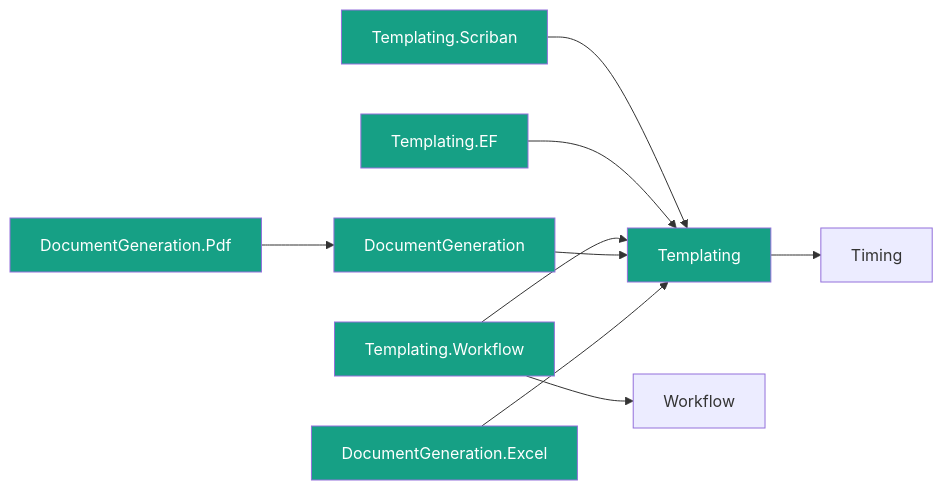
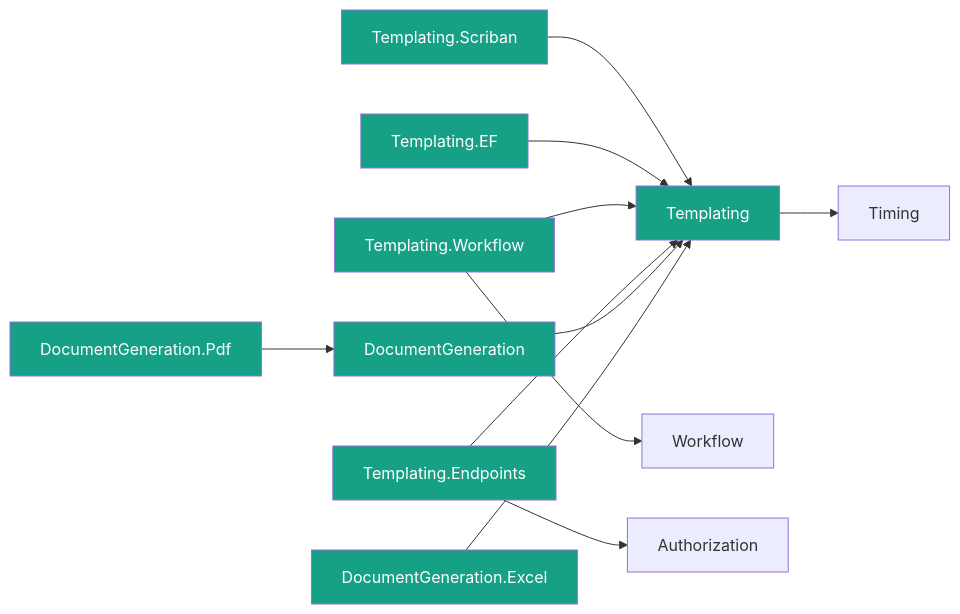
One commit to enraiz/granit-dotnet changed the fourth of 8 diagrams in docs/framework/dependencies.md. Above: the diagram before and after it, drawn with Mermaid. The commit also changed other lines of this file, not shown here.

First line of the commit message:
docs: update dependency graph for 111 packages (was 92)

````diff
--- a/docs/framework/dependencies.md
+++ b/docs/framework/dependencies.md
@@ -218,23 +249,27 @@
 ```mermaid
 flowchart LR
     TMPL["Templating"] --> TIMING["Timing"]
 
     TMPL_SCR["Templating.Scriban"] --> TMPL
 
     TMPL_EF["Templating.EF"] --> TMPL
 
     TMPL_WF["Templating.Workflow"] --> TMPL
     TMPL_WF --> WF["Workflow"]
 
+    TMPL_EP["Templating.Endpoints"] --> TMPL
+    TMPL_EP --> AUTHZ["Authorization"]
+
     DOCGEN["DocumentGeneration"] --> TMPL
     DOCGEN_PDF["DocumentGeneration.Pdf"] --> DOCGEN
     DOCGEN_XLS["DocumentGeneration.Excel"] --> TMPL
 
     style TMPL fill:#16a085,color:#fff
     style TMPL_SCR fill:#16a085,color:#fff
     style TMPL_EF fill:#16a085,color:#fff
     style TMPL_WF fill:#16a085,color:#fff
+    style TMPL_EP fill:#16a085,color:#fff
     style DOCGEN fill:#16a085,color:#fff
     style DOCGEN_PDF fill:#16a085,color:#fff
     style DOCGEN_XLS fill:#16a085,color:#fff
 ```
````
